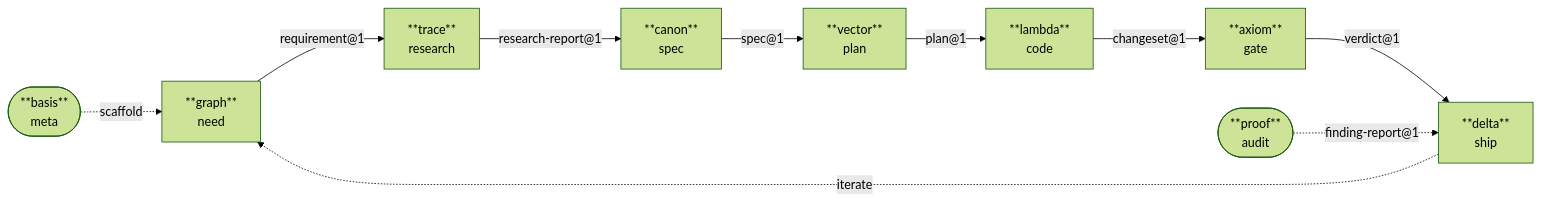
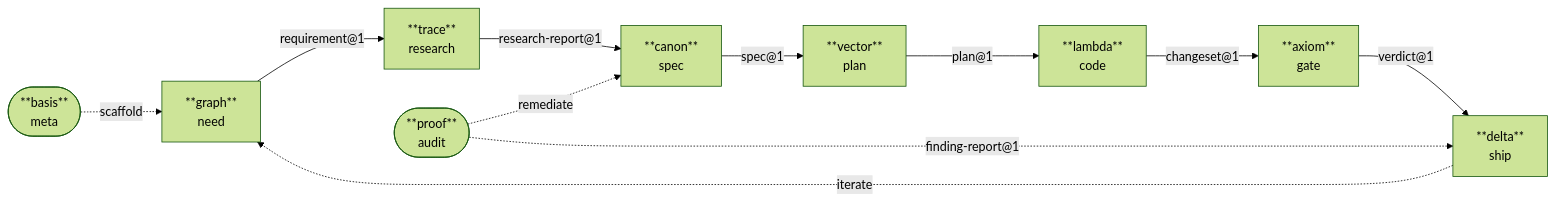
The second of 4 diagrams in ARCHITECTURE.md (orin-dx/agent-plugins), drawn with Mermaid (forest theme) before and after one commit. The commit also changed 1 other file, not shown here.

Commit message:
docs: add proof→canon remediation arc to lifecycle diagrams
Both README and ARCHITECTURE.md flowcharts now show the cross-plugin
proof→canon path introduced by canon-architect. A finding-report@1 can
re-enter the pipeline at the spec stage for structural remediation rather
than routing only to delta/humans.

Claude-Session: https://claude.ai/code/session_01G4QgKAL36Sd7UJXkfToFz3
Entire-Checkpoint: 01KZGRA5XZD2P7TVPBHZ76BFDN

````diff
--- a/ARCHITECTURE.md
+++ b/ARCHITECTURE.md
@@ -52,13 +52,14 @@
 ```mermaid
 flowchart LR
     gr["**graph**\nneed"] -->|"requirement@1"| tr["**trace**\nresearch"]
     tr -->|"research-report@1"| ca["**canon**\nspec"]
     ca -->|"spec@1"| ve["**vector**\nplan"]
     ve -->|"plan@1"| la["**lambda**\ncode"]
     la -->|"changeset@1"| ax["**axiom**\ngate"]
     ax -->|"verdict@1"| de["**delta**\nship"]
     de -. iterate .-> gr
 
     pr(["**proof**\naudit"]) -.->|"finding-report@1"| de
+    pr -.->|"remediate"| ca
     ba(["**basis**\nmeta"]) -. scaffold .-> gr
 ```
````
